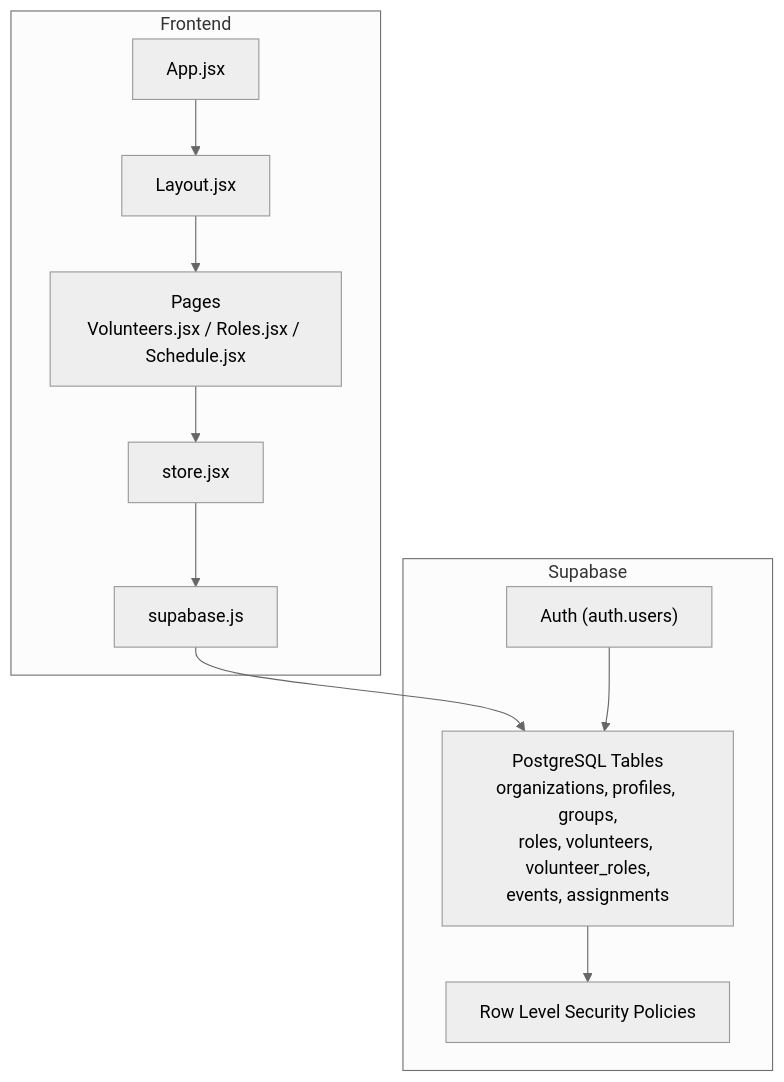
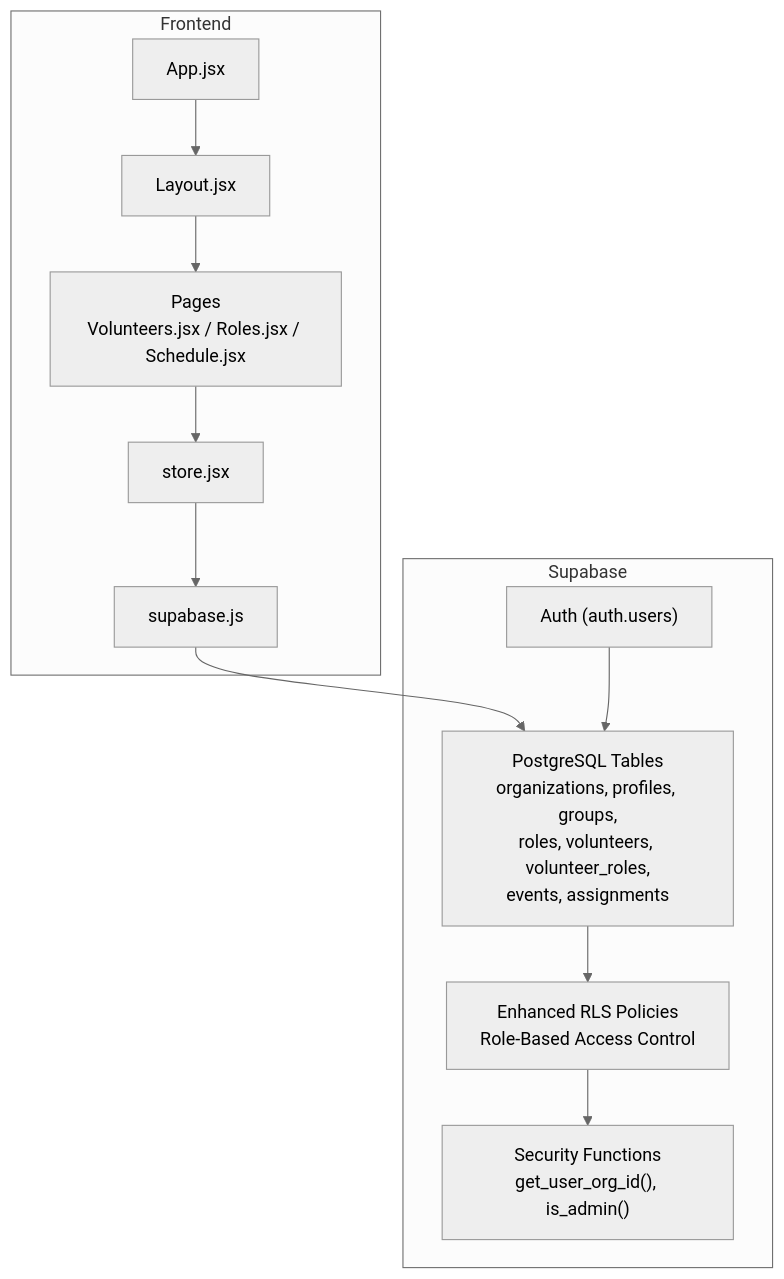
Before and after one commit to netdaniel/serveflow: the first of 8 diagrams in .qoder/repowiki/en/content/API Reference/Database API/Database API.md, drawn with Mermaid (neutral theme). The commit also changed other lines of this file and 15 other files, not shown here.

````diff
--- a/.qoder/repowiki/en/content/API Reference/Database API/Database API.md
+++ b/.qoder/repowiki/en/content/API Reference/Database API/Database API.md
@@ -33,22 +43,24 @@
 ```mermaid
 graph TB
 subgraph "Frontend"
 App["App.jsx"]
 Layout["Layout.jsx"]
 Store["store.jsx"]
 SupabaseClient["supabase.js"]
 Pages["Pages<br/>Volunteers.jsx / Roles.jsx / Schedule.jsx"]
 end
 subgraph "Supabase"
 Auth["Auth (auth.users)"]
 DB["PostgreSQL Tables<br/>organizations, profiles, groups,<br/>roles, volunteers, volunteer_roles,<br/>events, assignments"]
-RLS["Row Level Security Policies"]
+RLS["Enhanced RLS Policies<br/>Role-Based Access Control"]
+Security["Security Functions<br/>get_user_org_id(), is_admin()"]
 end
 App --> Layout
 Layout --> Pages
 Pages --> Store
 Store --> SupabaseClient
 SupabaseClient --> DB
 DB --> RLS
+RLS --> Security
 Auth --> DB
 ```
````
